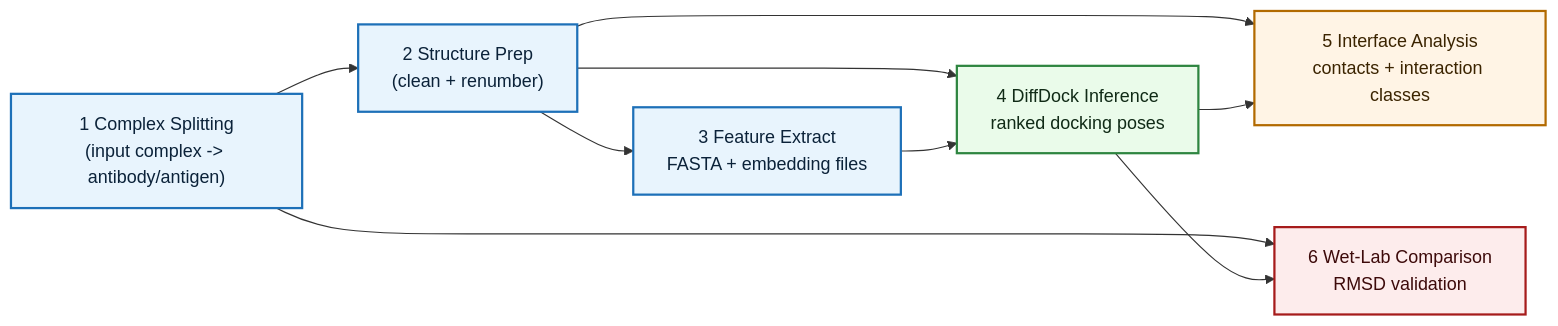
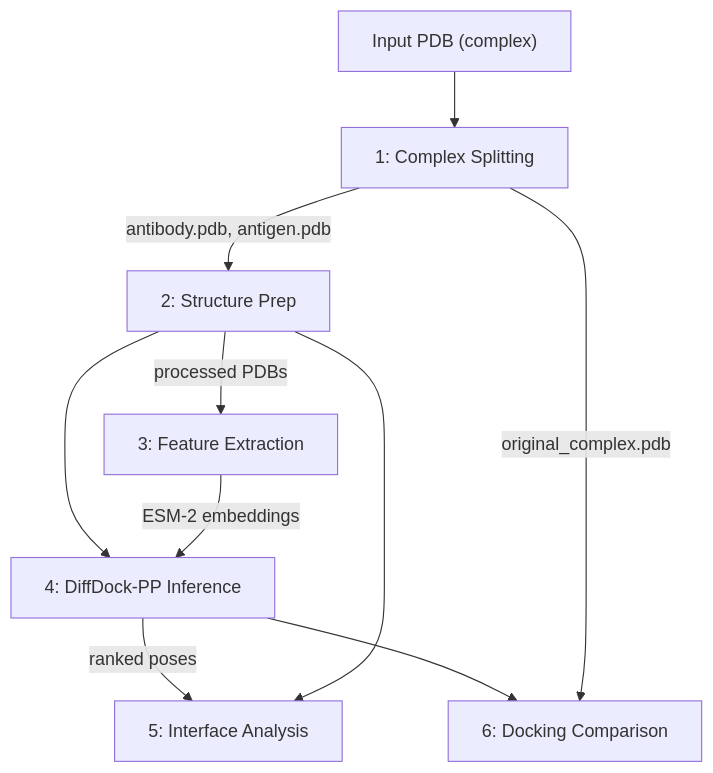
The diagram in workflows/workflow-016/README.md (chiral-data/collab-workflows), drawn with Mermaid before and after one commit. The commit also changed other lines of this file and 2 other files, not shown here.

````diff
--- a/workflows/workflow-016/README.md
+++ b/workflows/workflow-016/README.md
@@ -19,28 +29,12 @@
 ```mermaid
-flowchart LR
-  N1["1 Complex Splitting\n(input complex -> antibody/antigen)"]
-  N2["2 Structure Prep\n(clean + renumber)"]
-  N3["3 Feature Extract\nFASTA + embedding files"]
-  N4["4 DiffDock Inference\nranked docking poses"]
-  N5["5 Interface Analysis\ncontacts + interaction classes"]
-  N6["6 Wet-Lab Comparison\nRMSD validation"]
-
-  N1 --> N2
-  N2 --> N3
-  N2 --> N4
-  N3 --> N4
-  N2 --> N5
-  N4 --> N5
-  N1 --> N6
-  N4 --> N6
-
-  classDef prep fill:#E8F4FD,stroke:#1D70B8,stroke-width:2px,color:#0B2239;
-  classDef infer fill:#EAFBEA,stroke:#2E8540,stroke-width:2px,color:#102A16;
-  classDef analysis fill:#FFF4E5,stroke:#B26A00,stroke-width:2px,color:#3B2400;
-  classDef validate fill:#FDECEC,stroke:#A61B1B,stroke-width:2px,color:#3D0A0A;
-
-  class N1,N2,N3 prep;
-  class N4 infer;
-  class N5 analysis;
-  class N6 validate;
+graph TD
+    A["Input PDB (complex)"] --> N1["1: Complex Splitting"]
+    N1 -->|antibody.pdb, antigen.pdb| N2["2: Structure Prep"]
+    N2 -->|processed PDBs| N3["3: Feature Extraction"]
+    N2 --> N4["4: DiffDock-PP Inference"]
+    N3 -->|ESM-2 embeddings| N4
+    N4 -->|ranked poses| N5["5: Interface Analysis"]
+    N2 --> N5
+    N4 --> N6["6: Docking Comparison"]
+    N1 -->|original_complex.pdb| N6
 ```
````
